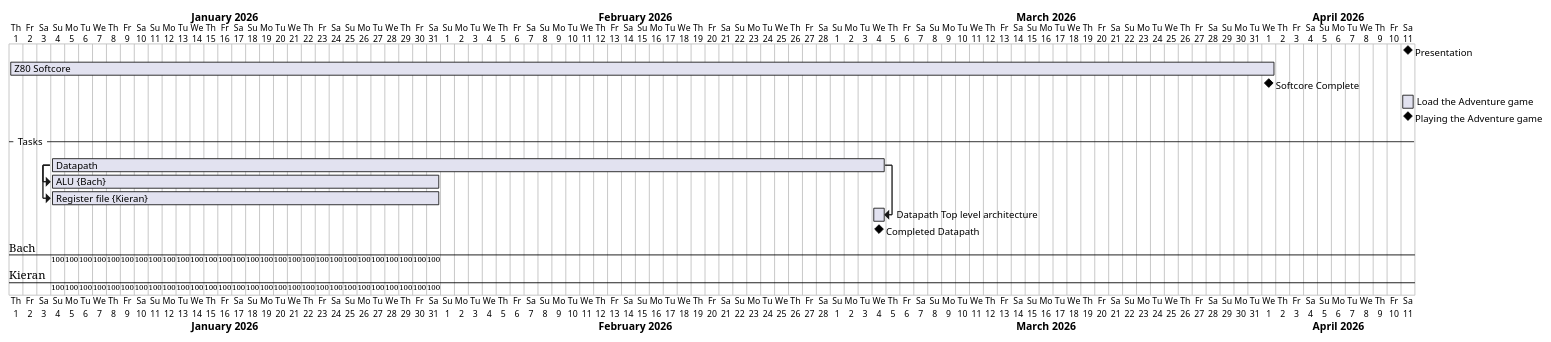
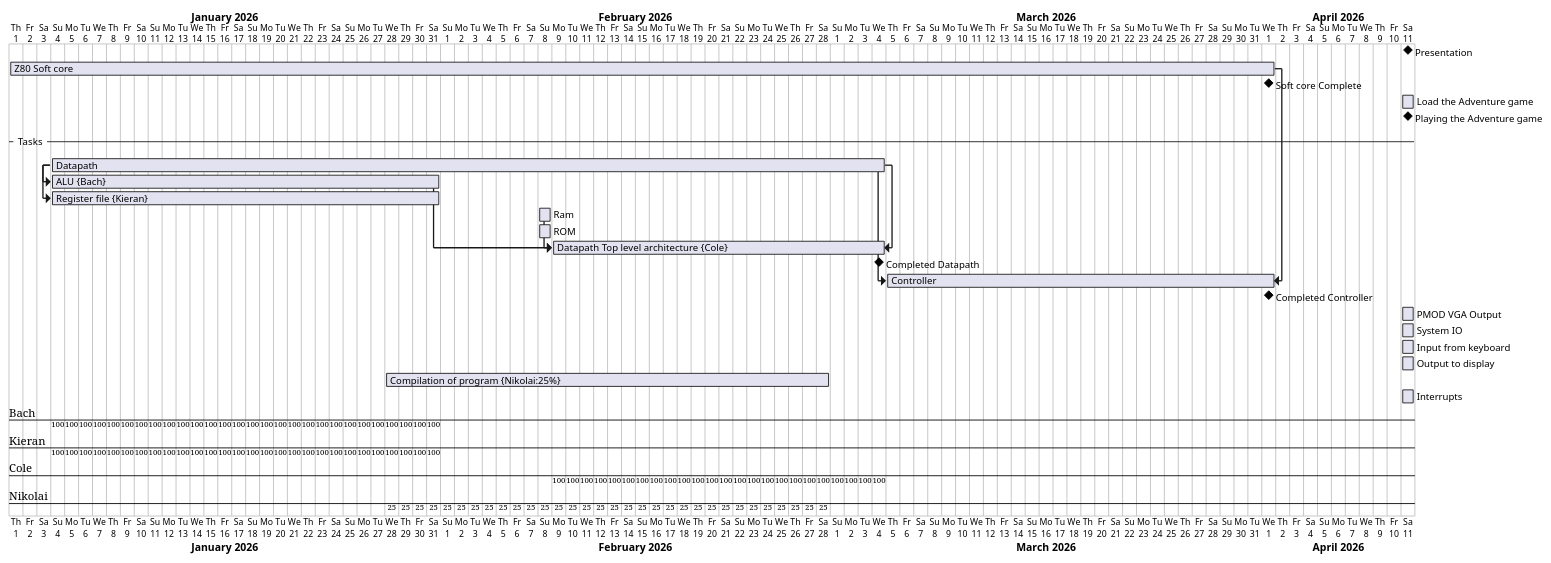
The diagram in src/gantt-chart.puml (waridh/capstone-diagrams), drawn with PlantUML before and after one commit. The commit also changed 1 other file, not shown here.

Commit message:
updated the gantt chart

```diff
--- a/src/gantt-chart.puml
+++ b/src/gantt-chart.puml
@@ -1,14 +1,28 @@
 @startgantt
 Project starts 2026-01-01
 [Presentation] happens at 2026-04-11
-[Z80 Softcore] starts D+0 and ends 2026-04-01
-[Softcore Complete] happens at [Z80 Softcore]'s end
+[Z80 Soft core] starts D+0 and ends 2026-04-01
+[Soft core Complete] happens at [Z80 Soft core]'s end
 [Load the Adventure game] ends 2026-04-11
 [Playing the Adventure game] happens at [Load the Adventure game]'s end
 -- Tasks --
 [Datapath] starts D+3 and requires 60 days
 [ALU] on {Bach} starts at [Datapath]'s start and ends 2026-01-31
 [Register file] on {Kieran} starts at [Datapath]'s start and ends 2026-01-31
-[Datapath Top level architecture] ends at [Datapath]'s end
+[Ram] starts at 2026-02-8
+[ROM] starts at 2026-02-8
+[Datapath Top level architecture] on {Cole} ends at [Datapath]'s end
 [Completed Datapath] happens at [Datapath]'s end
+[Controller] ends at [Z80 Soft core]'s end
+[Completed Controller] happens at [Controller]'s end
+[Datapath] -> [Controller]
+[Ram] -> [Datapath Top level architecture]
+[ALU] -> [Datapath Top level architecture]
+
+[PMOD VGA Output] ends at 2026-04-11
+[System IO] ends at 2026-04-11
+[Input from keyboard] ends at 2026-04-11
+[Output to display] ends at 2026-04-11
+[Compilation of program] on {Nikolai:25} starts at 2026-01-28 and ends at 2026-02-28
+[Interrupts] ends 2026-04-11
 @endgantt
```
